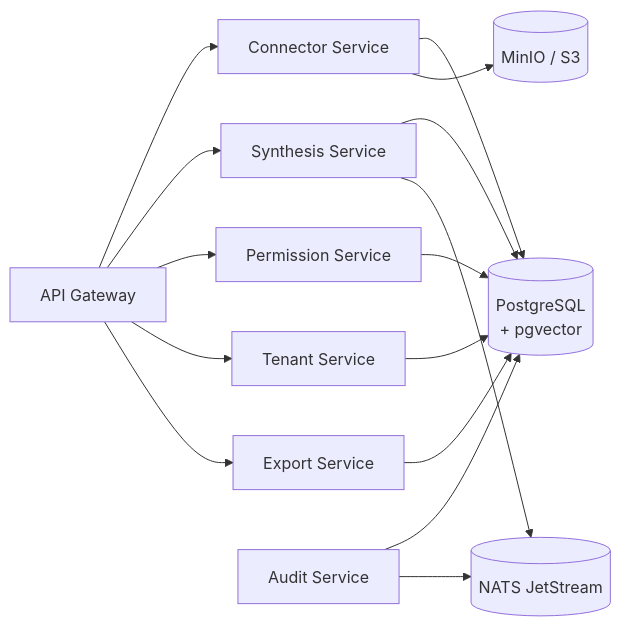
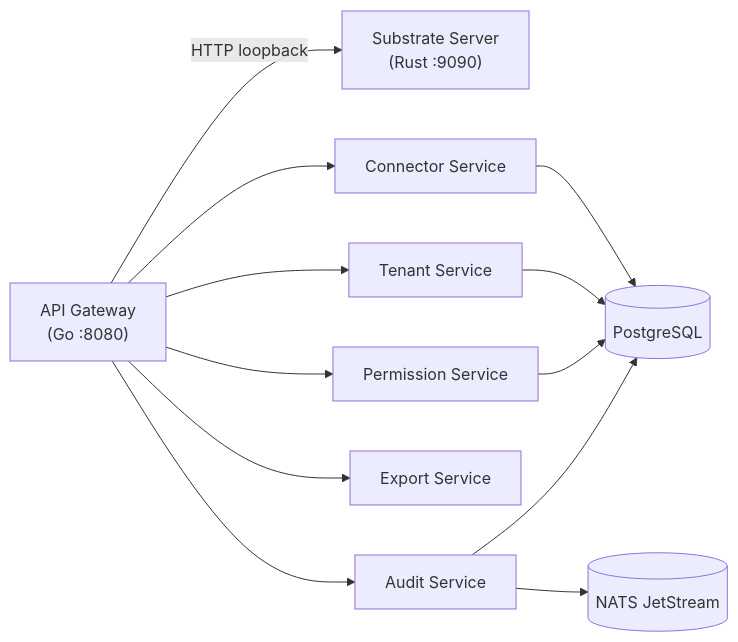
The second of 4 diagrams in ARCHITECTURE.md (kennguy3n/knowledge), drawn with Mermaid before and after one commit. The commit also changed other lines of this file and 8 other files, not shown here.

````diff
--- a/ARCHITECTURE.md
+++ b/ARCHITECTURE.md
@@ -321,27 +338,23 @@
 ```mermaid
 flowchart LR
-    GW["API Gateway"]
+    GW["API Gateway\n(Go :8080)"]
+    SUB["Substrate Server\n(Rust :9090)"]
     CS["Connector Service"]
-    SS["Synthesis Service"]
     PS["Permission Service"]
     TS["Tenant Service"]
     XS["Export Service"]
     AS["Audit Service"]
-    PG[("PostgreSQL\n+ pgvector")]
+    PG[("PostgreSQL")]
     NJ[("NATS JetStream")]
-    OBJ[("MinIO / S3")]
+    GW -->|HTTP loopback| SUB
     GW --> CS
-    GW --> SS
     GW --> PS
     GW --> TS
     GW --> XS
+    GW --> AS
     CS --> PG
-    CS --> OBJ
-    SS --> PG
-    SS --> NJ
+    TS --> PG
     PS --> PG
-    TS --> PG
-    XS --> PG
     AS --> PG
     AS --> NJ
 ```
````
